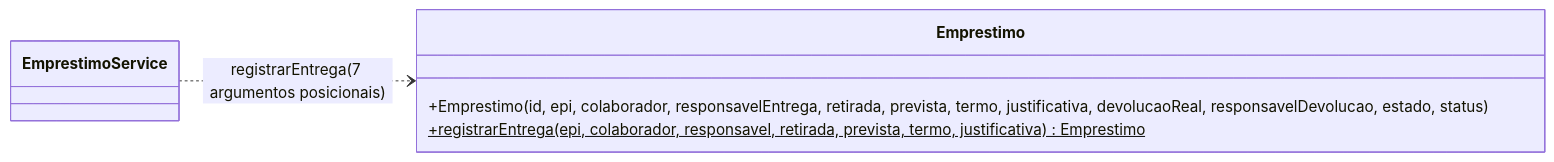
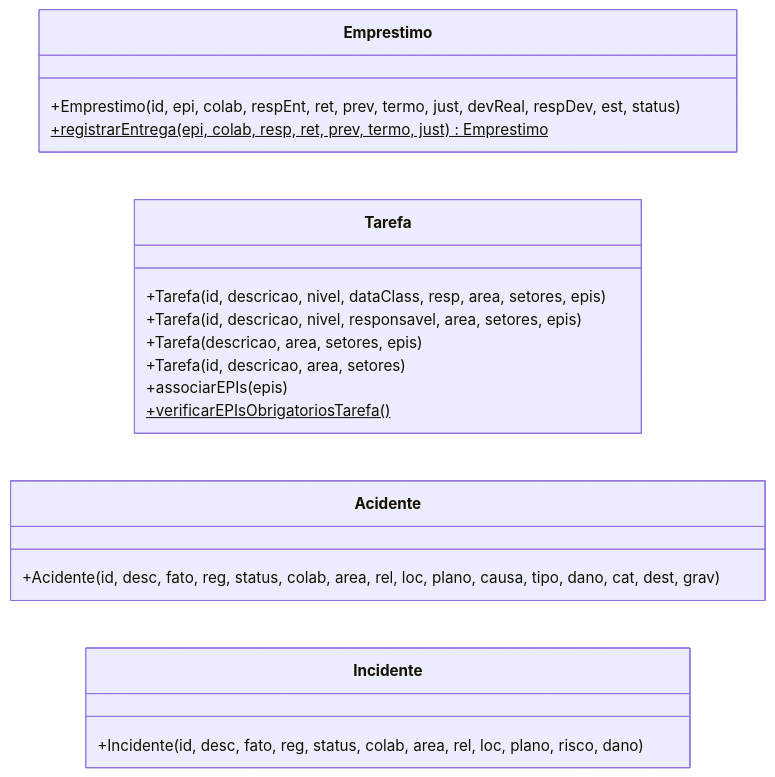
Before and after one commit to yIuriy/rp-iv-grupo03-safeplace: diagram 17 of 38 in docs/arquitetura/padroes-de-projeto.md, drawn with Mermaid. The commit also changed other lines of this file, not shown here.

Commit message:
docs(arquitetura): documentar Builder de Tarefa e Ocorrencia (#240)

````diff
--- a/docs/arquitetura/padroes-de-projeto.md
+++ b/docs/arquitetura/padroes-de-projeto.md
@@ -1724,10 +1728,22 @@
 ```mermaid
 classDiagram
   direction LR
   class Emprestimo {
-    +Emprestimo(id, epi, colaborador, responsavelEntrega, retirada, prevista, termo, justificativa, devolucaoReal, responsavelDevolucao, estado, status)
-    +registrarEntrega(epi, colaborador, responsavel, retirada, prevista, termo, justificativa)$ Emprestimo
+    +Emprestimo(id, epi, colab, respEnt, ret, prev, termo, just, devReal, respDev, est, status)
+    +registrarEntrega(epi, colab, resp, ret, prev, termo, just)$ Emprestimo
   }
-  class EmprestimoService
-  EmprestimoService ..> Emprestimo : registrarEntrega(7 argumentos posicionais)
+  class Tarefa {
+    +Tarefa(id, descricao, nivel, dataClass, resp, area, setores, epis)
+    +Tarefa(id, descricao, nivel, responsavel, area, setores, epis)
+    +Tarefa(descricao, area, setores, epis)
+    +Tarefa(id, descricao, area, setores)
+    +associarEPIs(epis)
+    +verificarEPIsObrigatoriosTarefa()$
+  }
+  class Acidente {
+    +Acidente(id, desc, fato, reg, status, colab, area, rel, loc, plano, causa, tipo, dano, cat, dest, grav)
+  }
+  class Incidente {
+    +Incidente(id, desc, fato, reg, status, colab, area, rel, loc, plano, risco, dano)
+  }
 ```
````
